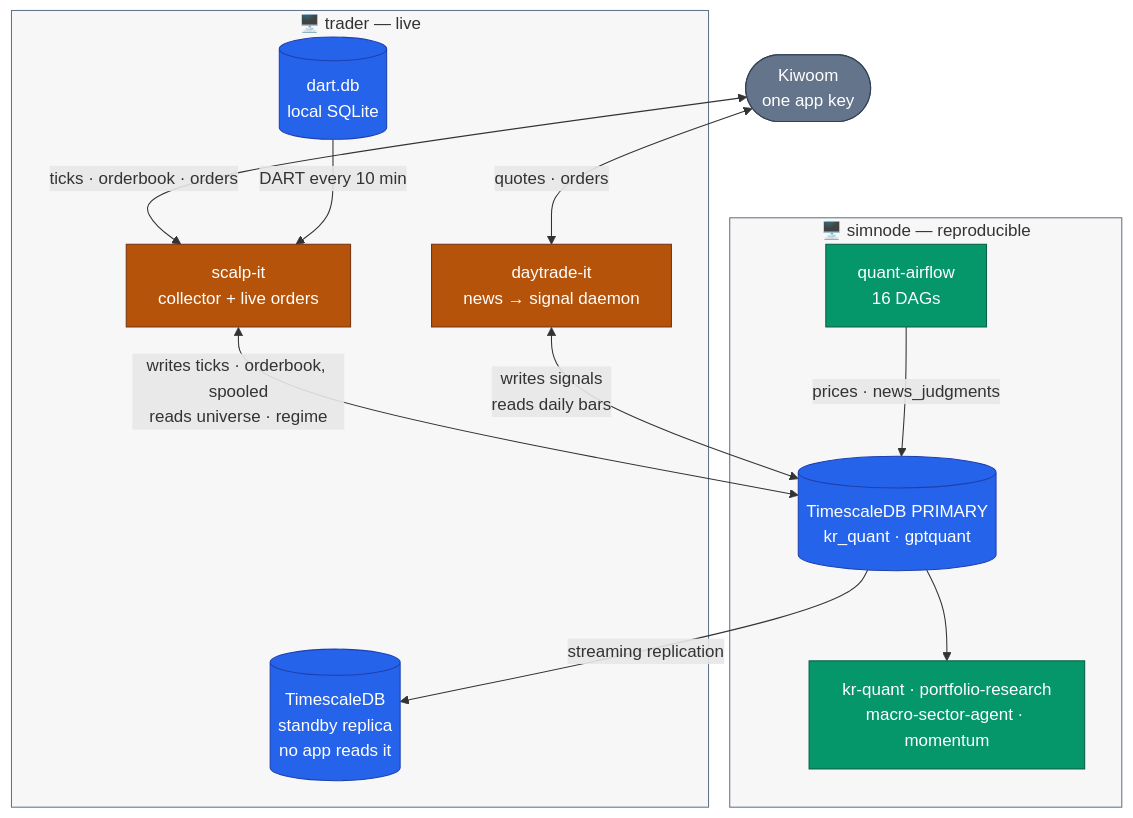
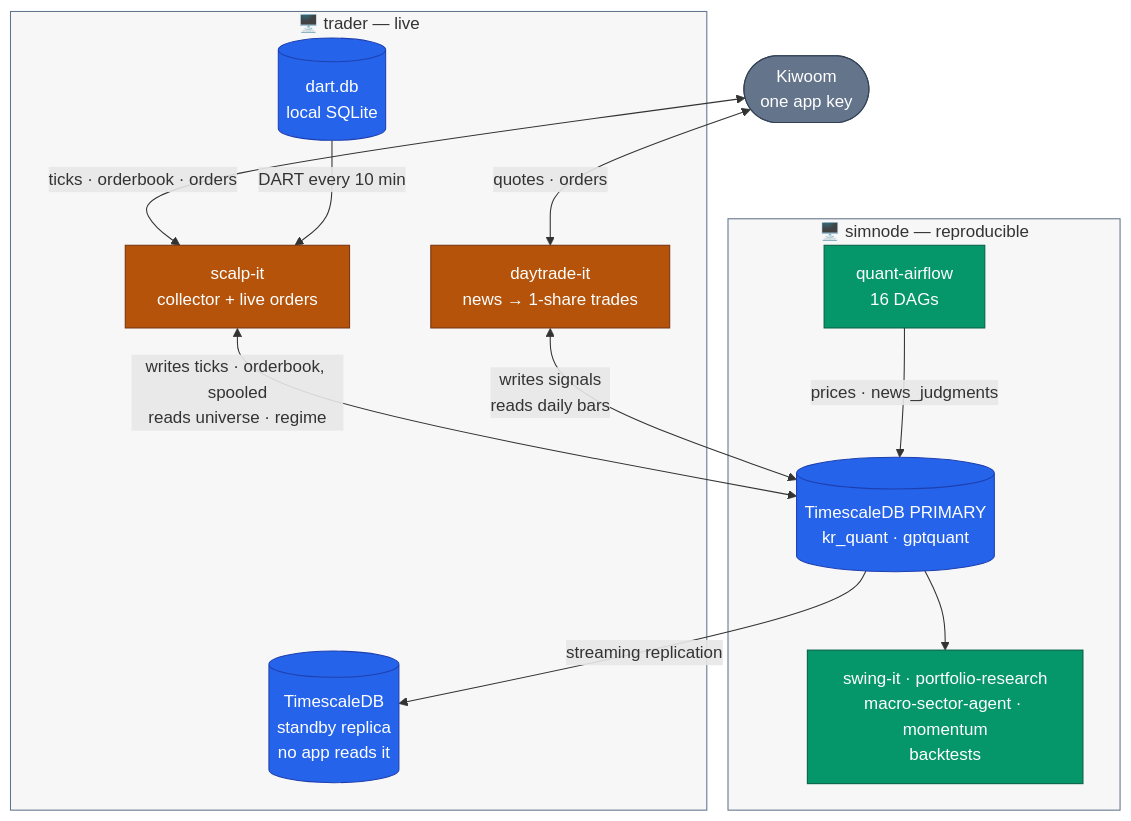
Before and after one commit to younghwan91/younghwan91: the second of 3 diagrams in README.md, drawn with Mermaid. The commit also changed other lines of this file and 1 other file, not shown here.

First line of the commit message:
docs(readme): kr-quant → swing-it 개명, daytrade-it 무인 실주문 전환 반영

````diff
--- a/README.md
+++ b/README.md
@@ -102,39 +102,39 @@
 ```mermaid
 flowchart TB
     KW(["Kiwoom<br/>one app key"])
 
     subgraph T ["🖥️ trader — live"]
         SC["scalp-it<br/>collector + live orders"]
-        DT["daytrade-it<br/>news → signal daemon"]
+        DT["daytrade-it<br/>news → 1-share trades"]
         DD[("dart.db<br/>local SQLite")]
         RP[("TimescaleDB<br/>standby replica<br/>no app reads it")]
     end
 
     subgraph S ["🖥️ simnode — reproducible"]
         AF["quant-airflow<br/>16 DAGs"]
         PR[("TimescaleDB PRIMARY<br/>kr_quant · gptquant")]
-        RS["kr-quant · portfolio-research<br/>macro-sector-agent · momentum"]
+        RS["swing-it · portfolio-research<br/>macro-sector-agent · momentum<br/>backtests"]
     end
 
     KW <-->|"ticks · orderbook · orders"| SC
     KW <-->|"quotes · orders"| DT
     DD -->|"DART every 10 min"| SC
     SC <-->|"writes ticks · orderbook, spooled<br/>reads universe · regime"| PR
     DT <-->|"writes signals<br/>reads daily bars"| PR
     AF -->|"prices · news_judgments"| PR
     PR -->|"streaming replication"| RP
     PR --> RS
 
     classDef live fill:#B45309,stroke:#78350F,color:#FFFFFF
     classDef repro fill:#059669,stroke:#065F46,color:#FFFFFF
     classDef store fill:#2563EB,stroke:#1E40AF,color:#FFFFFF
     classDef ext fill:#64748B,stroke:#334155,color:#FFFFFF
 
     class SC,DT live
     class AF,RS repro
     class RP,PR,DD store
     class KW ext
 
     style T fill:#0F172A08,stroke:#64748B
     style S fill:#0F172A08,stroke:#64748B
 ```
````
